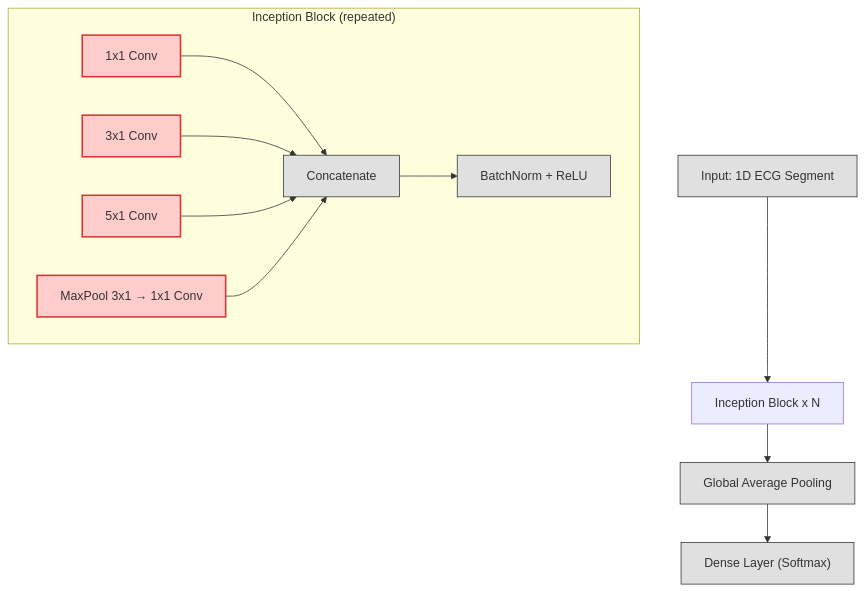
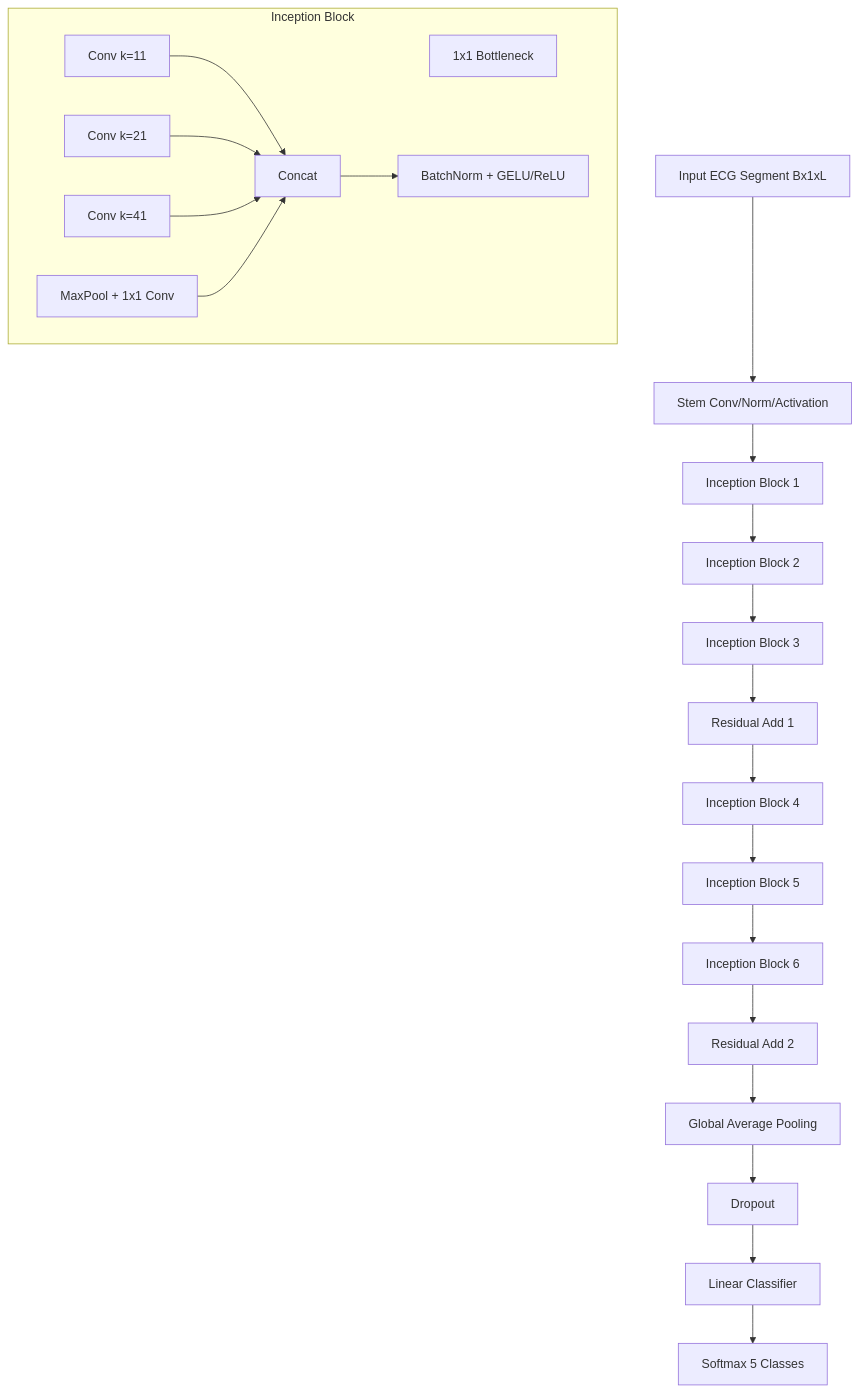
Before and after one commit to HardikNegi9/Guide: the first of 2 diagrams in INCEPTIONTIME_ARCHITECTURE.md, drawn with Mermaid. The commit also changed other lines of this file and 6 other files, not shown here.

````diff
--- a/INCEPTIONTIME_ARCHITECTURE.md
+++ b/INCEPTIONTIME_ARCHITECTURE.md
@@ -10,26 +12,29 @@
 ```mermaid
-graph TD
-    A["Input: 1D ECG Segment"] --> B["Inception Block x N"]
-    B --> C["Global Average Pooling"]
-    C --> D["Dense Layer (Softmax)"]
-    
-    subgraph "Inception Block (repeated)"
-        B1["1x1 Conv"]
-        B2["3x1 Conv"]
-        B3["5x1 Conv"]
-        B4["MaxPool 3x1 → 1x1 Conv"]
-        B1 --> B5["Concatenate"]
-        B2 --> B5
-        B3 --> B5
-        B4 --> B5
-        B5 --> B6["BatchNorm + ReLU"]
+flowchart TD
+    A[Input ECG Segment Bx1xL] --> B[Stem Conv/Norm/Activation]
+    B --> C[Inception Block 1]
+    C --> D[Inception Block 2]
+    D --> E[Inception Block 3]
+    E --> F[Residual Add 1]
+    F --> G[Inception Block 4]
+    G --> H[Inception Block 5]
+    H --> I[Inception Block 6]
+    I --> J[Residual Add 2]
+    J --> K[Global Average Pooling]
+    K --> L[Dropout]
+    L --> M[Linear Classifier]
+    M --> N[Softmax 5 Classes]
+
+    subgraph Inception Block
+        B1[1x1 Bottleneck]
+        B2[Conv k=11]
+        B3[Conv k=21]
+        B4[Conv k=41]
+        B5[MaxPool + 1x1 Conv]
+        B2 --> B6[Concat]
+        B3 --> B6
+        B4 --> B6
+        B5 --> B6
+        B6 --> B7[BatchNorm + GELU/ReLU]
     end
-    
-    %% Novelty: Multi-scale convolutions in Inception Block
-    classDef novelty fill:#ffcccc,stroke:#d33,stroke-width:2px;
-    class B1,B2,B3,B4 novelty;
-    
-    %% Standard layers
-    classDef standard fill:#e0e0e0,stroke:#333,stroke-width:1px;
-    class A,C,D,B5,B6 standard;
 ```
````
